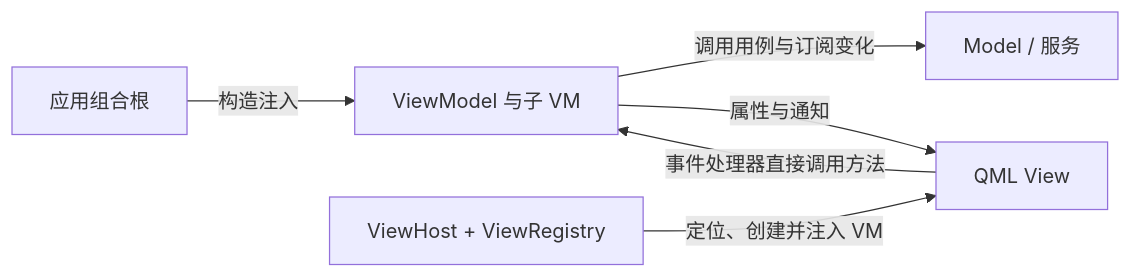
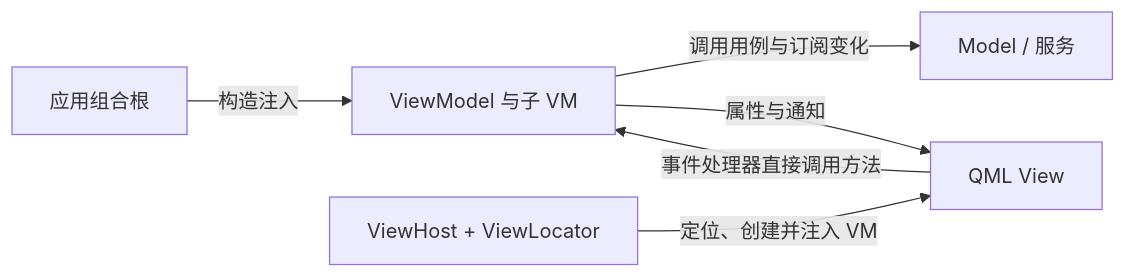
The diagram in README.md (soapgu/caliburn-micro-qt), drawn with Mermaid before and after one commit. The commit also changed other lines of this file and 34 other files, not shown here.

First line of the commit message:
feat(core): 🎸 实现视图约定定位与自动装配

````diff
--- a/README.md
+++ b/README.md
@@ -33,8 +46,8 @@
 ```mermaid
 flowchart LR
     Root[应用组合根] -->|构造注入| VM[ViewModel 与子 VM]
     VM -->|调用用例与订阅变化| Model[Model / 服务]
     VM -->|属性与通知| View[QML View]
     View -->|事件处理器直接调用方法| VM
-    Host[ViewHost + ViewRegistry] -->|定位、创建并注入 VM| View
+    Host[ViewHost + ViewLocator] -->|定位、创建并注入 VM| View
 ```
````
